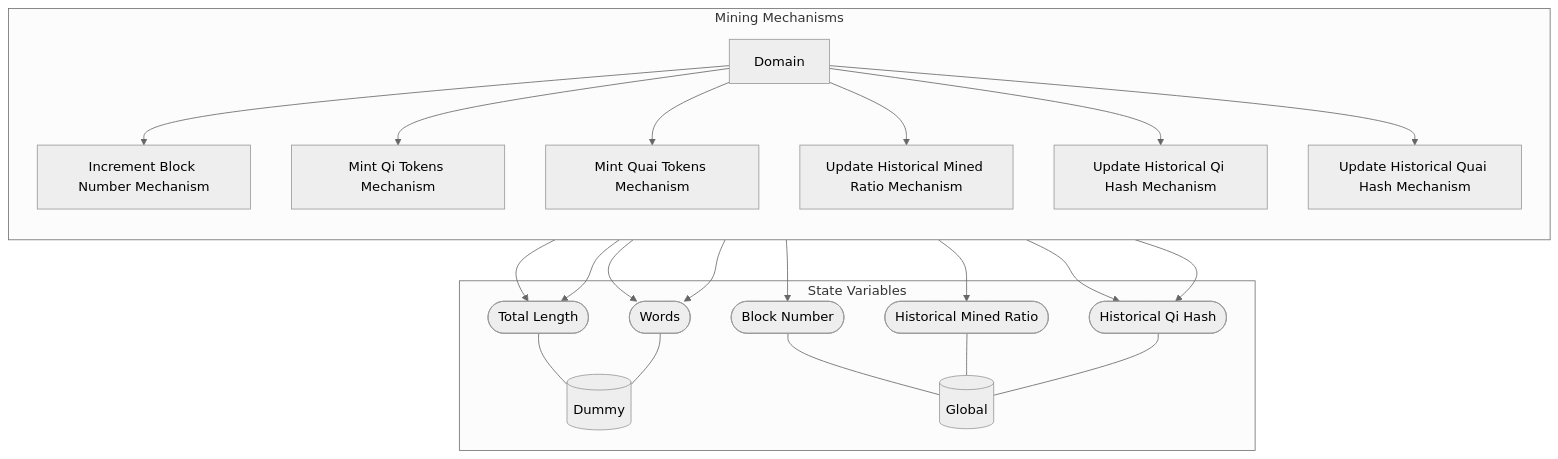
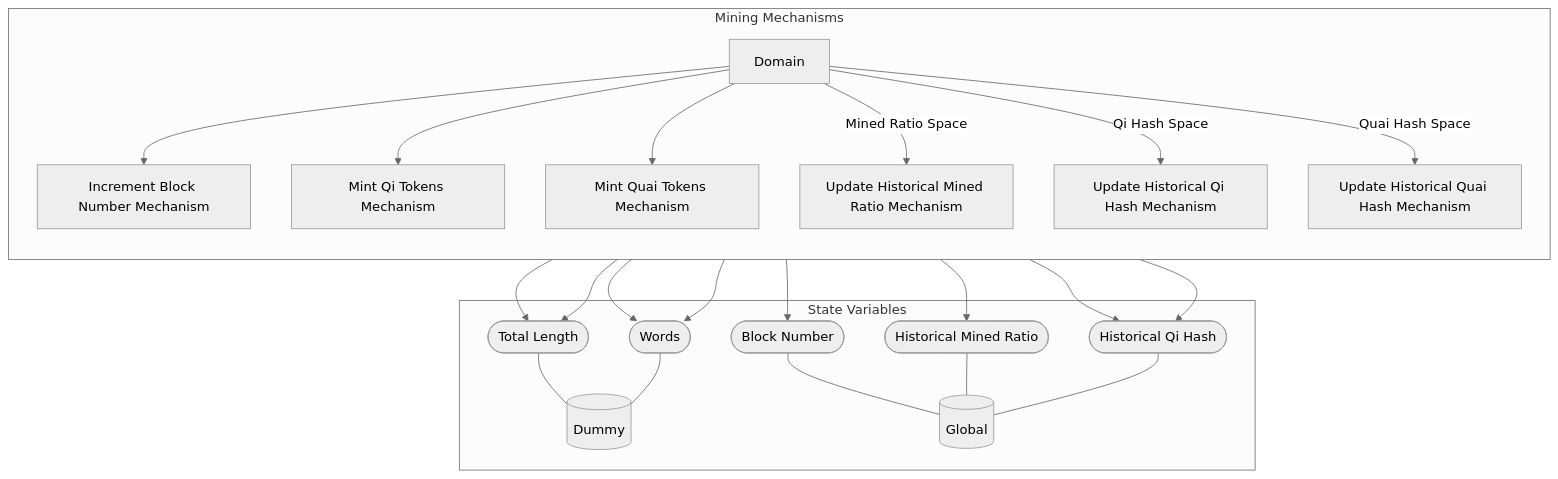
The diagram in Research/MSML Scaffold/Wiring/Mining Mechanisms.md (dominant-strategies/Quai-Macro-Model), drawn with Mermaid (neutral theme) before and after one commit. The commit also changed other lines of this file and 35 other files, not shown here.

````diff
--- a/Research/MSML Scaffold/Wiring/Mining Mechanisms.md
+++ b/Research/MSML Scaffold/Wiring/Mining Mechanisms.md
@@ -3,46 +3,46 @@
 ```mermaid
 graph TB
 
 subgraph SVS["State Variables"]
 EE0[("Dummy")]
 EE1[("Global")]
 EES0(["Total Length"])
 EES0 --- EE0
 EES1(["Words"])
 EES1 --- EE0
 EES2(["Block Number"])
 EES2 --- EE1
 EES3(["Historical Mined Ratio"])
 EES3 --- EE1
 EES4(["Historical Qi Hash"])
 EES4 --- EE1
 end
 
 subgraph X9["Mining Mechanisms"]
 direction TB
 X1["Increment Block Number Mechanism"]
 X1 --> EES2
 X2["Mint Qi Tokens Mechanism"]
 X2 --> EES1
 X2 --> EES0
 X3["Mint Quai Tokens Mechanism"]
 X3 --> EES1
 X3 --> EES0
 X4["Update Historical Mined Ratio Mechanism"]
 X4 --> EES3
 X5["Update Historical Qi Hash Mechanism"]
 X5 --> EES4
 X6["Update Historical Quai Hash Mechanism"]
 X6 --> EES4
 X7[Domain]
 
 direction LR
 direction TB
 X7 --> X1
 X7 --> X2
 X7 --> X3
-X7 --> X4
-X7 --> X5
-X7 --> X6
+X7 --"Mined Ratio Space"--> X4
+X7 --"Qi Hash Space"--> X5
+X7 --"Quai Hash Space"--> X6
 end
 ```
````
